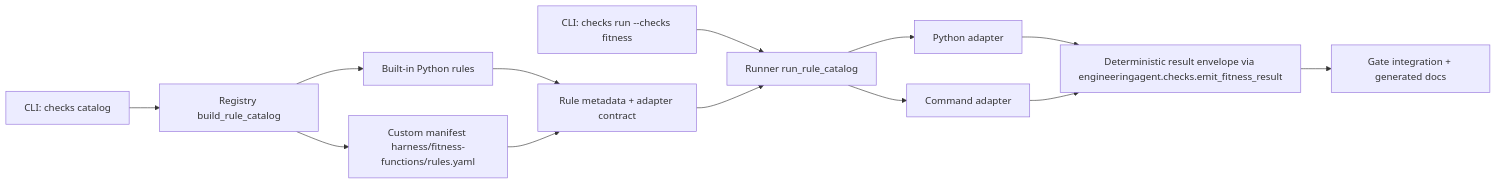
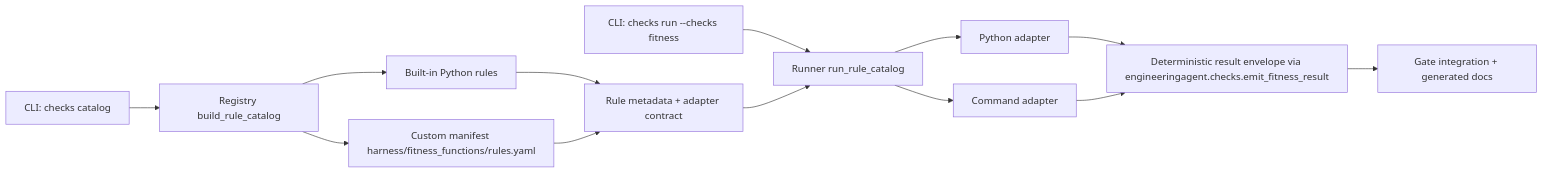
One commit to soetang/engineeringagent changed the diagram in docs/fitness-functions/architecture.md. Above: the diagram before and after it, drawn with Mermaid. The commit also changed 184 other files, not shown here.

Commit message:
refactor: migrate harness fitness functions path

````diff
--- a/docs/fitness-functions/architecture.md
+++ b/docs/fitness-functions/architecture.md
@@ -3,15 +3,15 @@
 ```mermaid
 flowchart LR
     A[CLI: checks catalog] --> B[Registry build_rule_catalog]
     X[CLI: checks run --checks fitness] --> F[Runner run_rule_catalog]
     B --> C[Built-in Python rules]
-    B --> D[Custom manifest harness/fitness-functions/rules.yaml]
+    B --> D[Custom manifest harness/fitness_functions/rules.yaml]
     C --> E[Rule metadata + adapter contract]
     D --> E
     E --> F[Runner run_rule_catalog]
     F --> G[Python adapter]
     F --> H[Command adapter]
     G --> I[Deterministic result envelope via engineeringagent.checks.emit_fitness_result]
     H --> I
     I --> J[Gate integration + generated docs]
 ```
````
